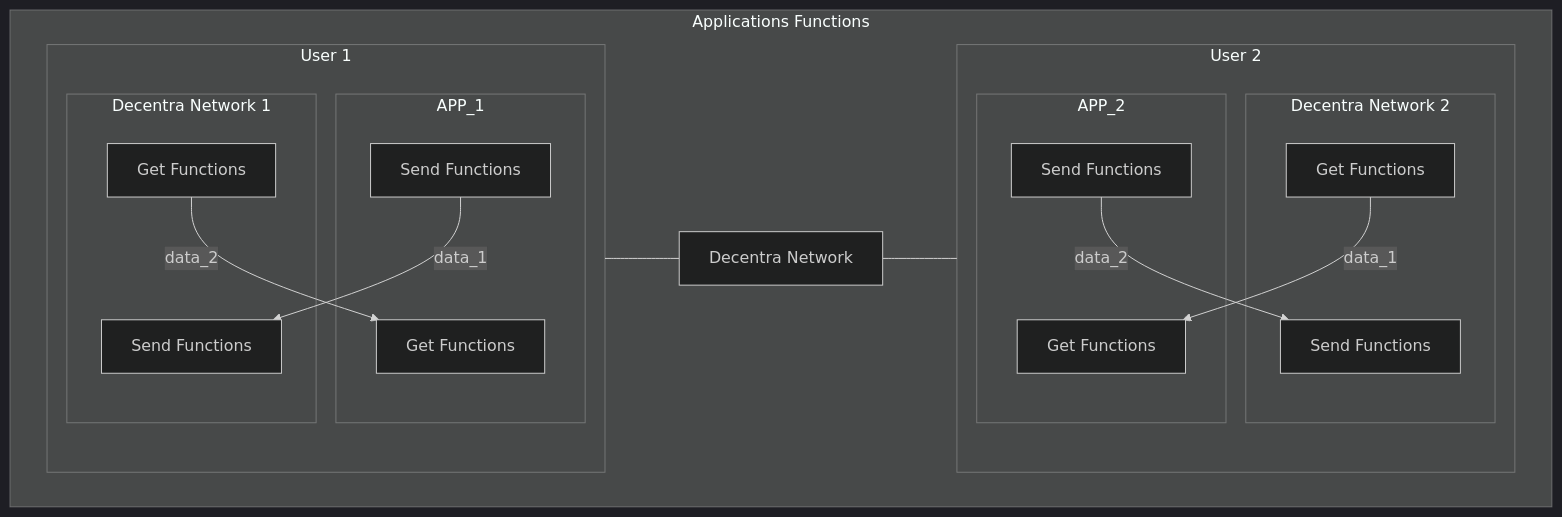
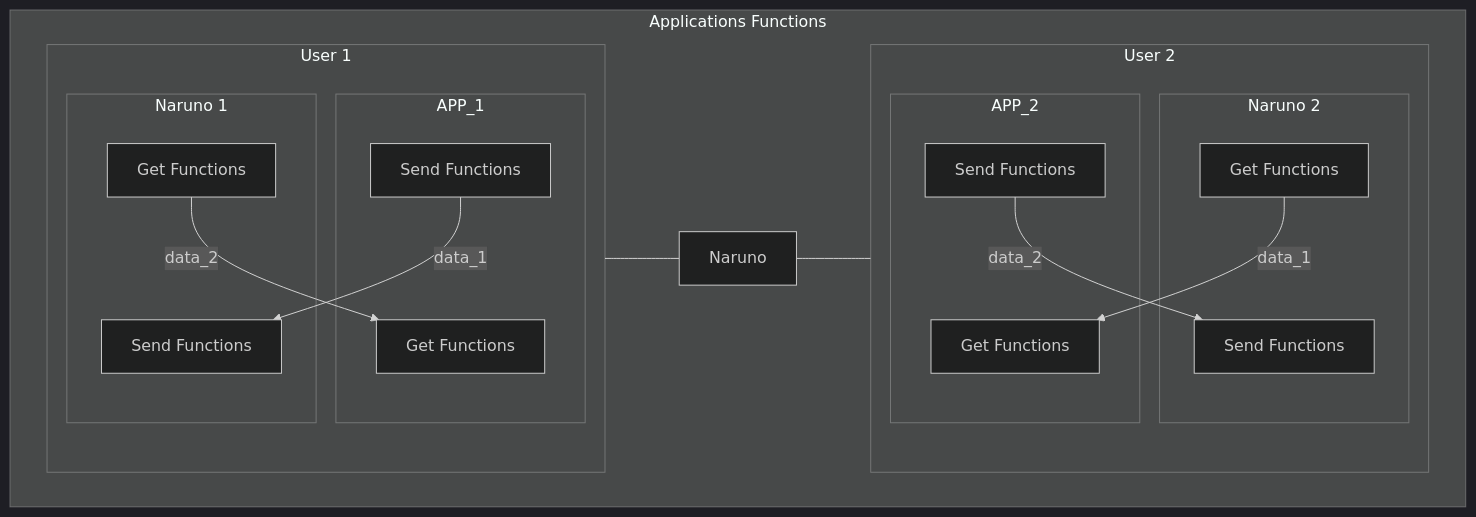
One commit to Naruno/Naruno changed the first of 2 diagrams in docs/concepts/apps.md. Above: the diagram before and after it, drawn with Mermaid (dark theme). The commit also changed other lines of this file and 250 other files, not shown here.

````diff
--- a/docs/concepts/apps.md
+++ b/docs/concepts/apps.md
@@ -24,46 +24,46 @@
 ```mermaid
 flowchart TB
     subgraph Applications Functions
         subgraph user_1[User 1]
             subgraph APP_1
                 send_1[Send Functions]
                 get_1[Get Functions]
             end
 
 
-            subgraph dn1[Decentra Network 1]
+            subgraph dn1[Naruno 1]
                 send_d1[Send Functions]
                 get_d1[Get Functions]
 
             end
         end
 
 
 
 
         subgraph user_2[User 2]
-            subgraph dn2[Decentra Network 2]
+            subgraph dn2[Naruno 2]
                 send_d2[Send Functions]
                 get_d2[Get Functions]
             end
             subgraph APP_2
                 send_2[Send Functions]
                 get_2[Get Functions]
             end
 
         end
 
         send_1 -- data_1 --> send_d1
         get_d1 -- data_2 --> get_1
 
         send_2 -- data_2 --> send_d2
         get_d2 -- data_1 --> get_2
 
 
-        user_1 --- Decentra_Network[Decentra Network] --- user_2
+        user_1 --- Decentra_Network[Naruno] --- user_2
 
 
     end
 
 
 ```
````
